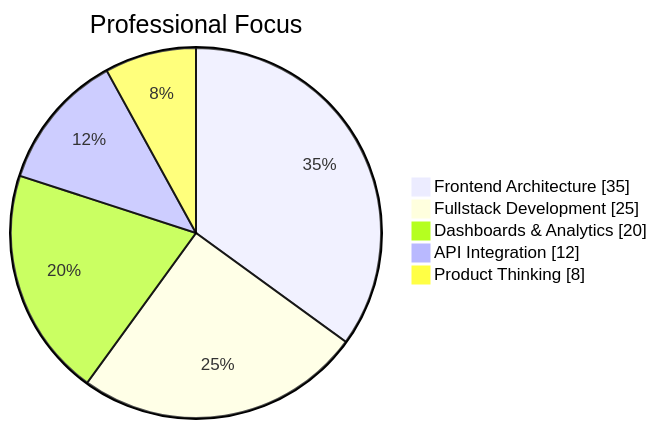
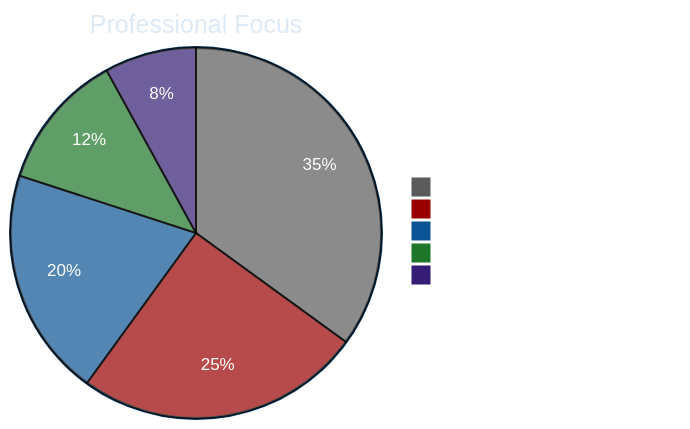
The diagram in README.md (VictoriaGaunt/Gaunt), drawn with Mermaid before and after one commit. The commit also changed other lines of this file, not shown here.

First line of the commit message:
Revamp README with new visuals and analytics

`````diff
--- a/README.md
+++ b/README.md
@@ -59,9 +76,25 @@
 ```mermaid
+%%{init: {
+  "theme": "base",
+  "themeVariables": {
+    "pie1": "#5b5b5b",
+    "pie2": "#990000",
+    "pie3": "#0b5394",
+    "pie4": "#1d7629",
+    "pie5": "#351c75",
+    "pieTitleTextColor": "#ddeaf6",
+    "pieSectionTextColor": "#ffffff",
+    "pieLegendTextColor": "#ffffff",
+    "pieOuterStrokeColor": "#052c4f",
+    "pieOuterStrokeWidth": "2px",
+    "fontFamily": "Inter, Segoe UI, sans-serif"
+  }
+}}%%
 pie showData
     title Professional Focus
-    "Frontend Architecture" : 35
-    "Fullstack Development" : 25
-    "Dashboards & Analytics" : 20
-    "API Integration" : 12
-    "Product Thinking" : 8
+    "Frontend Architecture [35]" : 35
+    "Fullstack Development [25]" : 25
+    "Dashboards & Analytics [20]" : 20
+    "API Integration [12]" : 12
+    "Product Thinking [8]" : 8
 ````
`````
